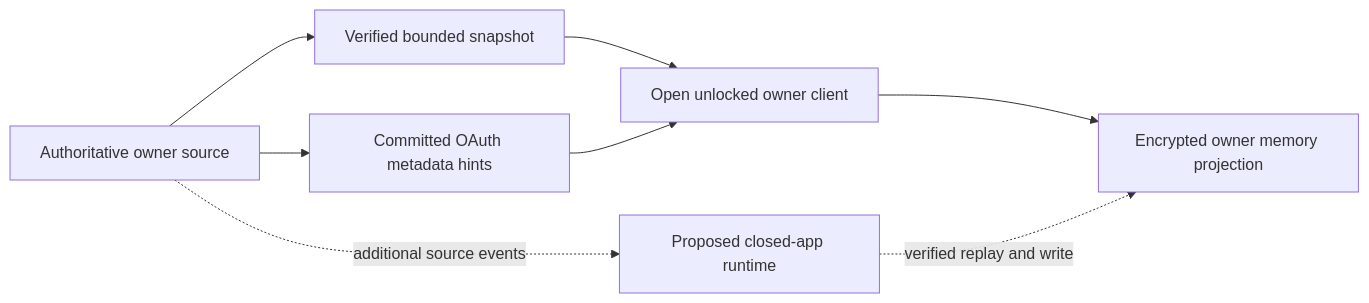
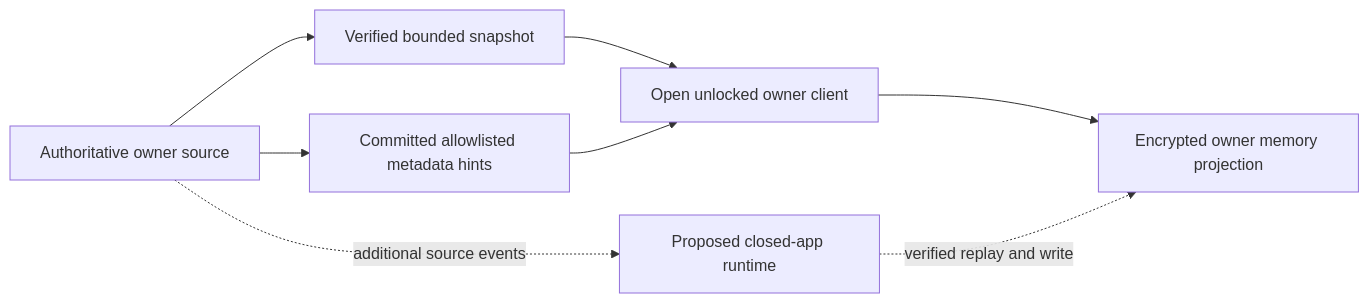
Before and after one commit to hushh-labs/hushh-research: the diagram in docs/reference/architecture/live-memory-p0-acceptance-stories.md, drawn with Mermaid. The commit also changed other lines of this file and 37 other files, not shown here.

Commit message:
Live Memory P0: journal source changes and replay encrypted history

````diff
--- a/docs/reference/architecture/live-memory-p0-acceptance-stories.md
+++ b/docs/reference/architecture/live-memory-p0-acceptance-stories.md
@@ -7,10 +7,10 @@
 ```mermaid
 flowchart LR
   Source[Authoritative owner source] --> Snapshot[Verified bounded snapshot]
   Snapshot --> Client[Open unlocked owner client]
   Client --> Encrypted[Encrypted owner memory projection]
-  Source --> ConnectorJournal[Committed OAuth metadata hints]
-  ConnectorJournal --> Client
+  Source --> CommitJournal[Committed allowlisted metadata hints]
+  CommitJournal --> Client
   Source -. additional source events .-> Runtime[Proposed closed-app runtime]
   Runtime -. verified replay and write .-> Encrypted
 ```
````
